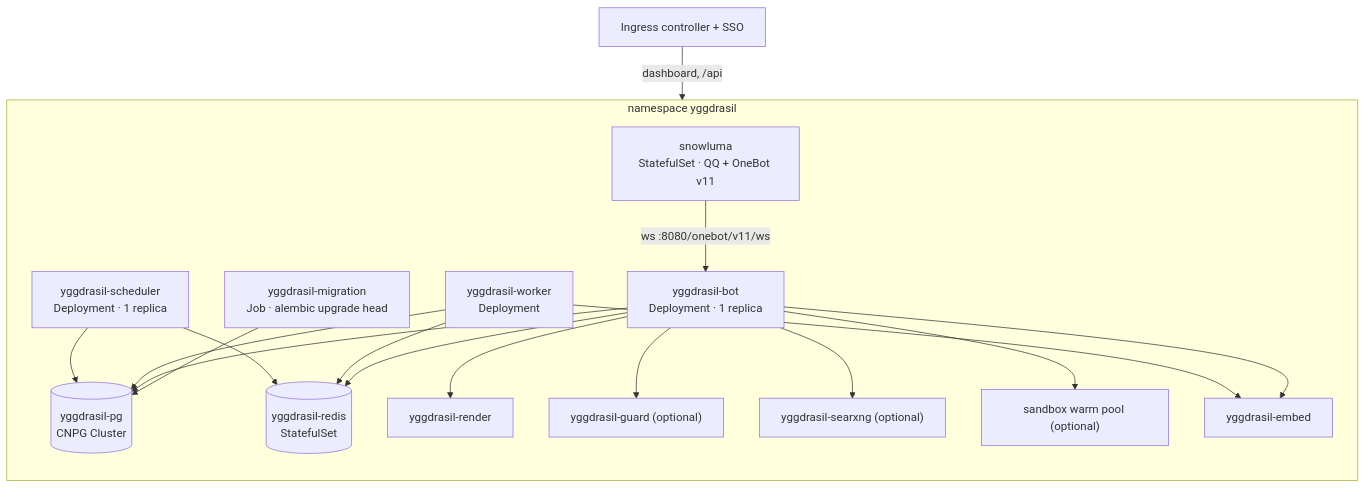
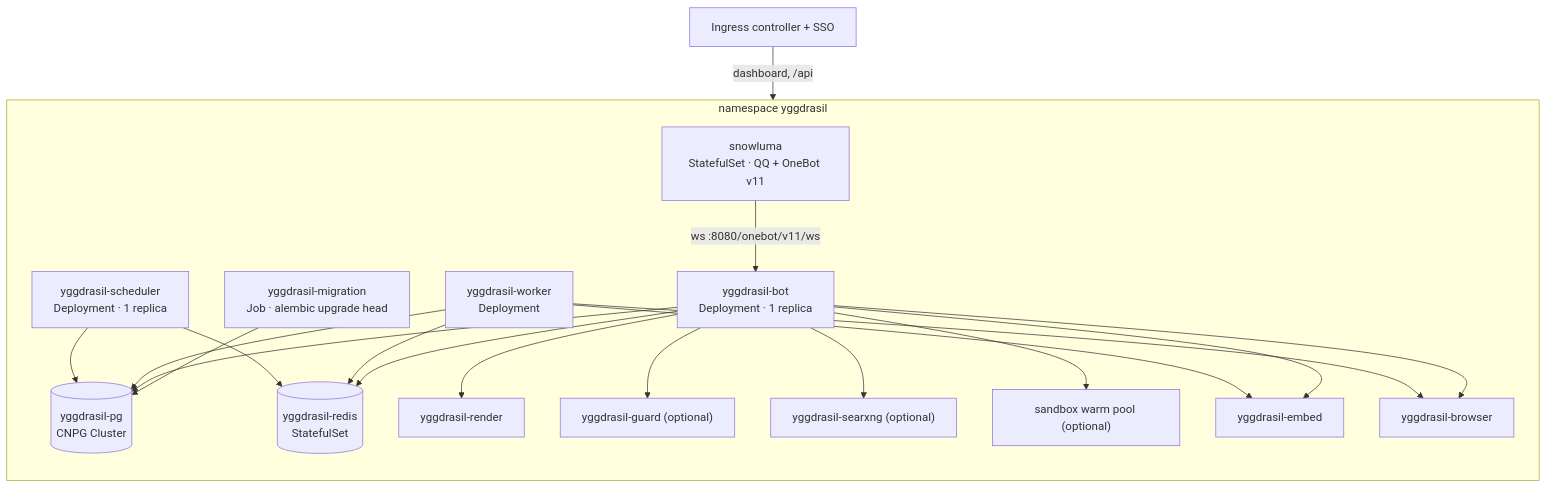
The diagram in deploy/README.md (FYWinds/YggdrasilBot), drawn with Mermaid before and after one commit. The commit also changed other lines of this file and 22 other files, not shown here.

````diff
--- a/deploy/README.md
+++ b/deploy/README.md
@@ -21,24 +21,25 @@
 ```mermaid
 flowchart TB
   subgraph ns["namespace yggdrasil"]
     direction TB
     snowluma["snowluma<br/>StatefulSet · QQ + OneBot v11"]
     bot["yggdrasil-bot<br/>Deployment · 1 replica"]
     worker["yggdrasil-worker<br/>Deployment"]
     scheduler["yggdrasil-scheduler<br/>Deployment · 1 replica"]
     migration["yggdrasil-migration<br/>Job · alembic upgrade head"]
     pg[("yggdrasil-pg<br/>CNPG Cluster")]
     redis[("yggdrasil-redis<br/>StatefulSet")]
     render["yggdrasil-render"]
+    browser["yggdrasil-browser"]
     embed["yggdrasil-embed"]
     guard["yggdrasil-guard (optional)"]
     searxng["yggdrasil-searxng (optional)"]
     sbx["sandbox warm pool (optional)"]
   end
   snowluma -- "ws :8080/onebot/v11/ws" --> bot
   ingress["Ingress controller + SSO"] -- "dashboard, /api" --> bot
   migration --> pg
   bot & worker & scheduler --> pg & redis
   bot --> render & guard & searxng & sbx
-  bot & worker --> embed
+  bot & worker --> embed & browser
 ```
````
